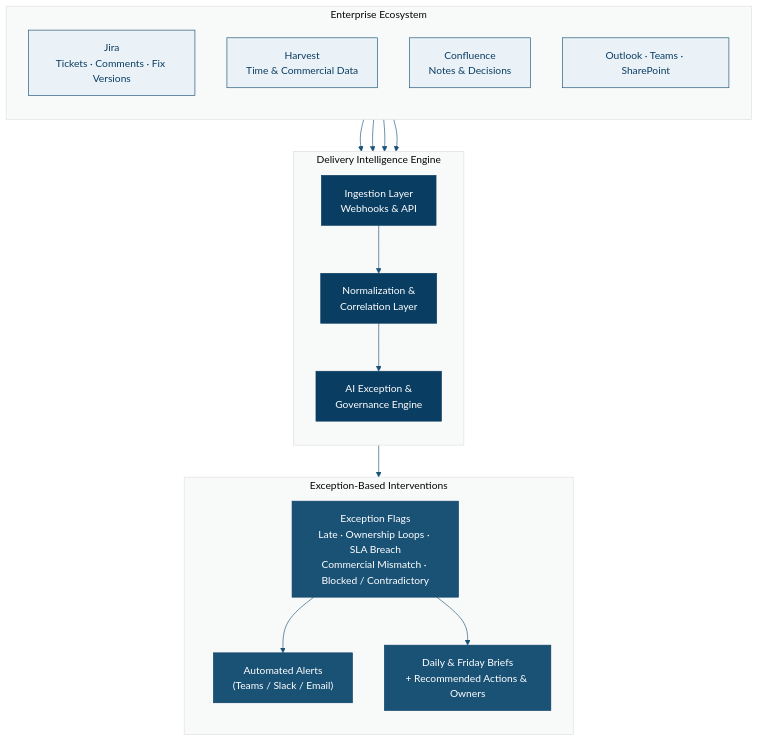
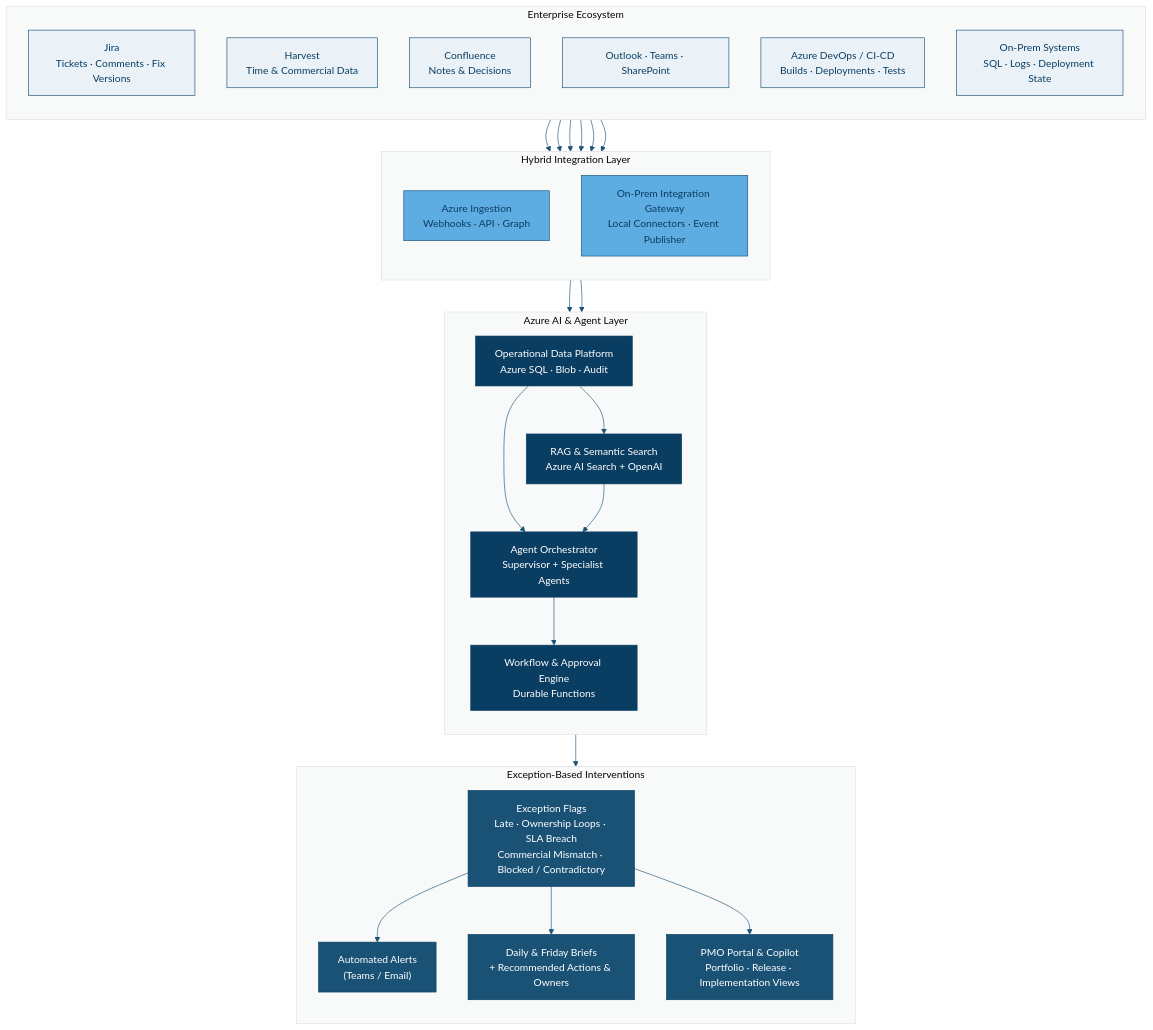
The diagram in Assets/architecture-flow.mmd (snigdharashmi/product-leadership-portfolio-sr), drawn with Mermaid before and after one commit.

````diff
--- a/Assets/architecture-flow.mmd
+++ b/Assets/architecture-flow.mmd
@@ -1,40 +1,65 @@
+```mermaid
 %%{init: {'theme': 'base', 'themeVariables': { 'primaryColor': '#0A3D62', 'primaryTextColor': '#ffffff', 'primaryBorderColor': '#1A5276', 'lineColor': '#1A5276', 'secondaryColor': '#D6EAF8', 'tertiaryColor': '#F8F9F9'}}}%%
 graph TD
     subgraph Sources["Enterprise Ecosystem"]
         direction TB
         Jira["Jira<br/>Tickets · Comments · Fix Versions"]
         Harvest["Harvest<br/>Time & Commercial Data"]
         Confluence["Confluence<br/>Notes & Decisions"]
         M365["Outlook · Teams · SharePoint"]
+        DevOps["Azure DevOps / CI-CD<br/>Builds · Deployments · Tests"]
+        OnPrem["On-Prem Systems<br/>SQL · Logs · Deployment State"]
     end
 
-    subgraph Processing["Delivery Intelligence Engine"]
+    subgraph Hybrid["Hybrid Integration Layer"]
         direction TB
-        Ingest["Ingestion Layer<br/>Webhooks & API"]
-        Correlate["Normalization &<br/>Correlation Layer"]
-        Engine["AI Exception &<br/>Governance Engine"]
+        CloudIngest["Azure Ingestion<br/>Webhooks · API · Graph"]
+        OnPremGateway["On-Prem Integration Gateway<br/>Local Connectors · Event Publisher"]
+    end
+
+    subgraph Azure["Azure AI & Agent Layer"]
+        direction TB
+        Orchestrator["Agent Orchestrator<br/>Supervisor + Specialist Agents"]
+        RAG["RAG & Semantic Search<br/>Azure AI Search + OpenAI"]
+        Workflow["Workflow & Approval Engine<br/>Durable Functions"]
+        Data["Operational Data Platform<br/>Azure SQL · Blob · Audit"]
     end
 
     subgraph Outputs["Exception-Based Interventions"]
         direction TB
         Flags["Exception Flags<br/>Late · Ownership Loops · SLA Breach<br/>Commercial Mismatch · Blocked / Contradictory"]
-        Alerts["Automated Alerts<br/>(Teams / Slack / Email)"]
+        Alerts["Automated Alerts<br/>(Teams / Email)"]
         Brief["Daily & Friday Briefs<br/>+ Recommended Actions & Owners"]
+        Portal["PMO Portal & Copilot<br/>Portfolio · Release · Implementation Views"]
     end
 
-    Jira --> Ingest
-    Harvest --> Ingest
-    Confluence --> Ingest
-    M365 --> Ingest
+    Jira --> CloudIngest
+    Harvest --> CloudIngest
+    Confluence --> CloudIngest
+    M365 --> CloudIngest
+    DevOps --> CloudIngest
+    OnPrem --> OnPremGateway
 
-    Ingest --> Correlate --> Engine --> Flags
+    CloudIngest --> Data
+    OnPremGateway --> Data
+
+    Data --> Orchestrator
+    Data --> RAG
+    Orchestrator --> Workflow
+    RAG --> Orchestrator
+
+    Orchestrator --> Flags
     Flags --> Alerts
     Flags --> Brief
+    Flags --> Portal
 
     classDef source fill:#EAF2F8,stroke:#1A5276,stroke-width:1px,color:#0A3D62
-    classDef process fill:#0A3D62,stroke:#0A3D62,color:#ffffff
+    classDef hybrid fill:#5DADE2,stroke:#1A5276,stroke-width:1px,color:#0A3D62
+    classDef azure fill:#0A3D62,stroke:#0A3D62,color:#ffffff
     classDef output fill:#1A5276,stroke:#0A3D62,color:#ffffff
 
-    class Jira,Harvest,Confluence,M365 source
-    class Ingest,Correlate,Engine process
-    class Flags,Alerts,Brief output
+    class Jira,Harvest,Confluence,M365,DevOps,OnPrem source
+    class CloudIngest,OnPremGateway hybrid
+    class Orchestrator,RAG,Workflow,Data azure
+    class Flags,Alerts,Brief,Portal output
+```
````
